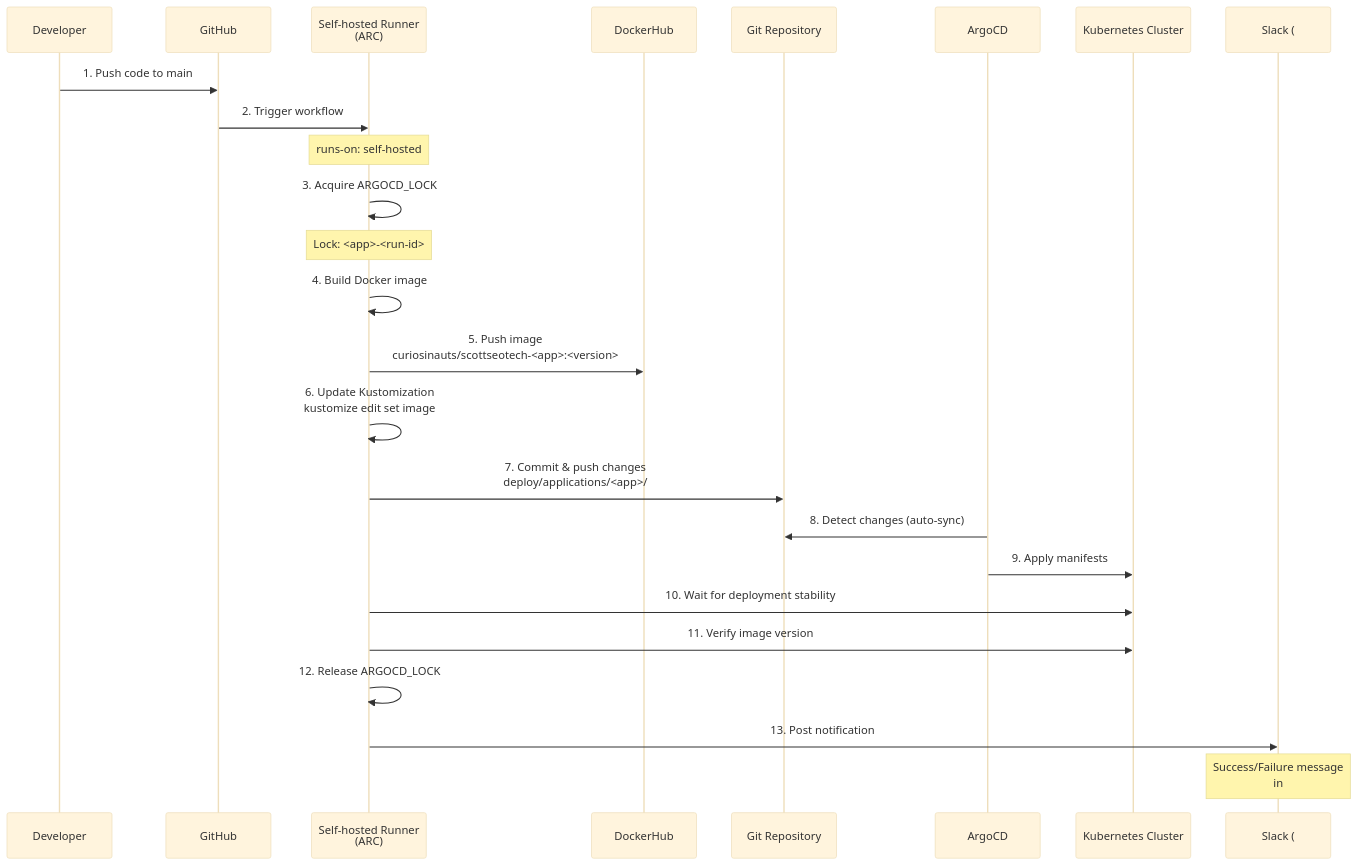
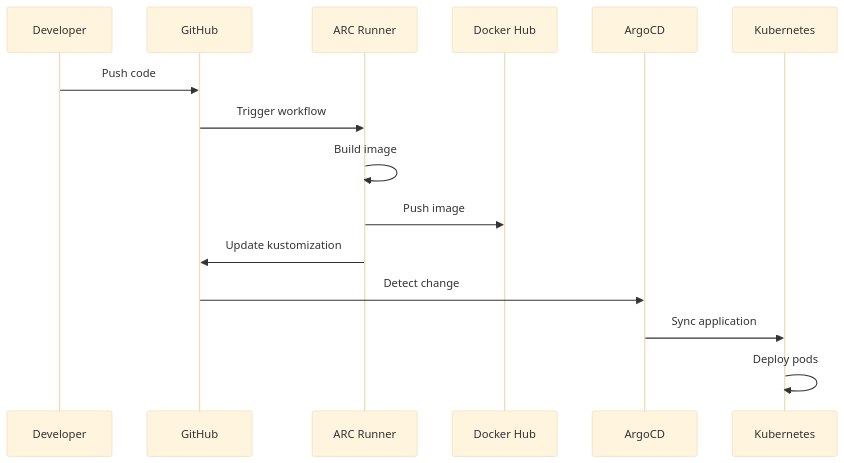
The diagram in docs/docs/deployment/kubernetes.md (scottseotech/todo-platform), drawn with Mermaid (base theme) before and after one commit. The commit also changed 2 other files, not shown here.

````diff
--- a/docs/docs/deployment/kubernetes.md
+++ b/docs/docs/deployment/kubernetes.md
@@ -20,35 +20,18 @@
 ```mermaid
 sequenceDiagram
     participant Dev as Developer
     participant GH as GitHub
-    participant Runner as Self-hosted Runner<br/>(ARC)
-    participant DH as DockerHub
-    participant Repo as Git Repository
-    participant ArgoCD as ArgoCD
-    participant K8s as Kubernetes Cluster
-    participant Slack as Slack (#builds)
+    participant Runner as ARC Runner
+    participant Hub as Docker Hub
+    participant Argo as ArgoCD
+    participant K8s as Kubernetes
 
-    Dev->>GH: 1. Push code to main
-    GH->>Runner: 2. Trigger workflow
-    Note over Runner: runs-on: self-hosted
-
-    Runner->>Runner: 3. Acquire ARGOCD_LOCK
-    Note over Runner: Lock: <app>-<run-id>
-
-    Runner->>Runner: 4. Build Docker image
-    Runner->>DH: 5. Push image<br/>curiosinauts/scottseotech-<app>:<version>
-
-    Runner->>Runner: 6. Update Kustomization<br/>kustomize edit set image
-    Runner->>Repo: 7. Commit & push changes<br/>deploy/applications/<app>/
-
-    ArgoCD->>Repo: 8. Detect changes (auto-sync)
-    ArgoCD->>K8s: 9. Apply manifests
-
-    Runner->>K8s: 10. Wait for deployment stability
-    Runner->>K8s: 11. Verify image version
-
-    Runner->>Runner: 12. Release ARGOCD_LOCK
-    Runner->>Slack: 13. Post notification
-
-    Note over Slack: Success/Failure message<br/>in #builds channel
+    Dev->>GH: Push code
+    GH->>Runner: Trigger workflow
+    Runner->>Runner: Build image
+    Runner->>Hub: Push image
+    Runner->>GH: Update kustomization
+    GH->>Argo: Detect change
+    Argo->>K8s: Sync application
+    K8s->>K8s: Deploy pods
 ```
````
